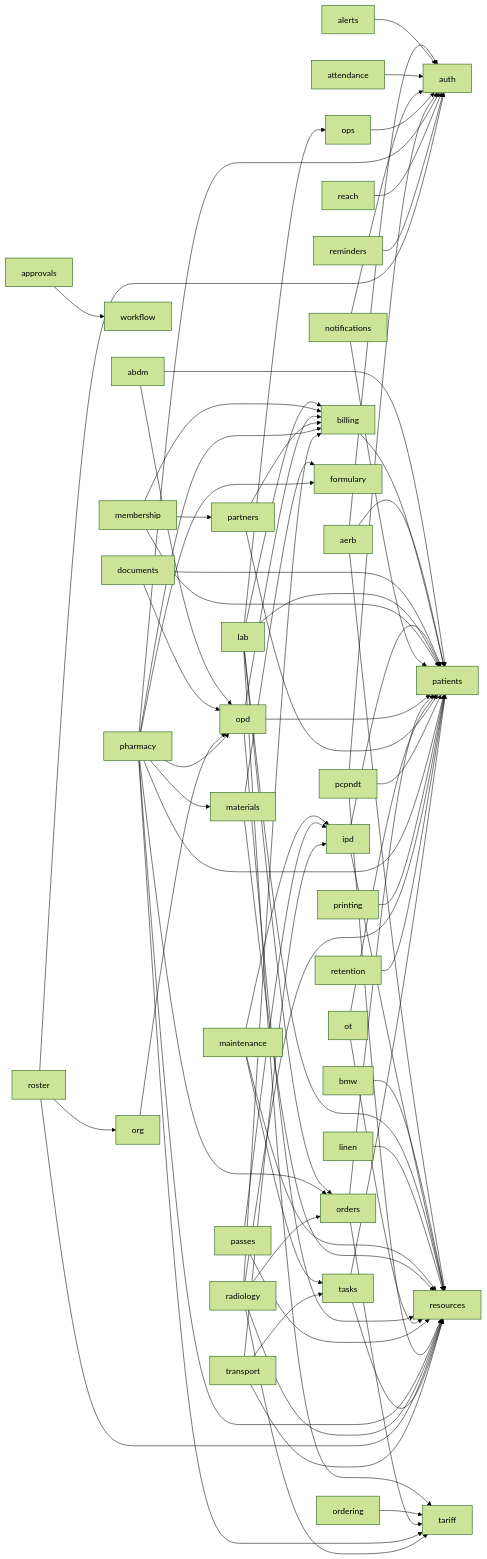
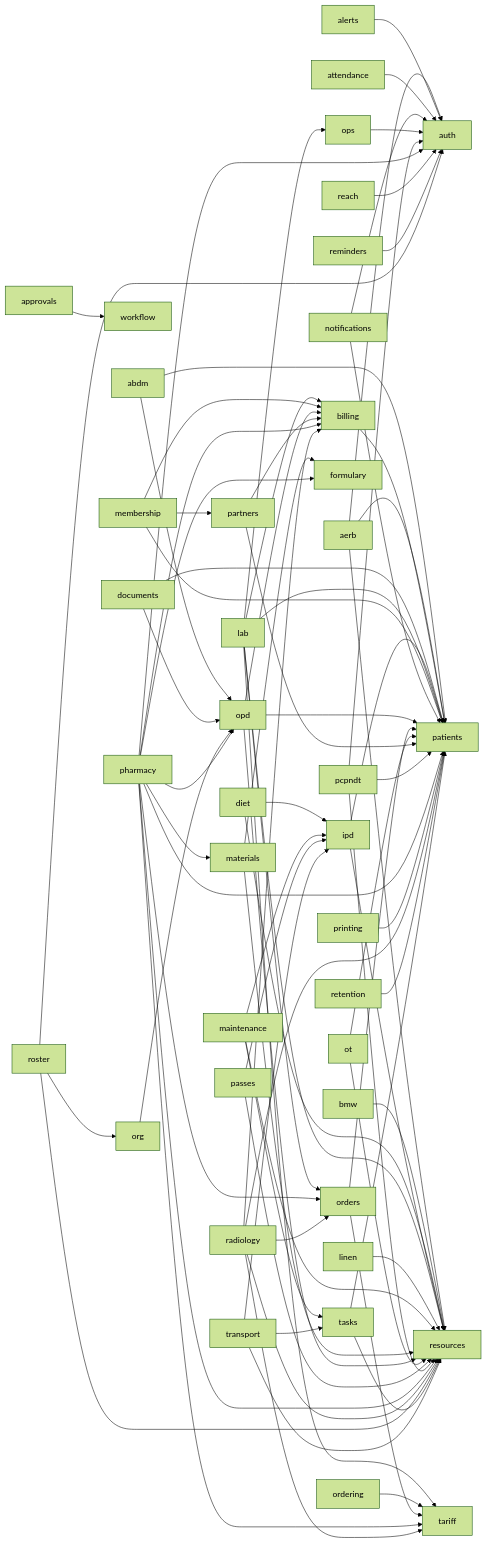
Before and after one commit to ankits3a/hims-hmis: the diagram in docs/architecture/schema.md, drawn with Mermaid (forest theme). The commit also changed other lines of this file and 61 other files, not shown here.

````diff
--- a/docs/architecture/schema.md
+++ b/docs/architecture/schema.md
@@ -13,77 +13,79 @@
 ```mermaid
 flowchart LR
   abdm[abdm] --> opd[opd]
   abdm[abdm] --> patients[patients]
   aerb[aerb] --> auth[auth]
   aerb[aerb] --> patients[patients]
   aerb[aerb] --> resources[resources]
   alerts[alerts] --> auth[auth]
   approvals[approvals] --> workflow[workflow]
   attendance[attendance] --> auth[auth]
   billing[billing] --> patients[patients]
   bmw[bmw] --> resources[resources]
+  diet[diet] --> ipd[ipd]
+  diet[diet] --> resources[resources]
   documents[documents] --> opd[opd]
   documents[documents] --> patients[patients]
   ipd[ipd] --> patients[patients]
   ipd[ipd] --> resources[resources]
   lab[lab] --> billing[billing]
   lab[lab] --> ops[ops]
   lab[lab] --> orders[orders]
   lab[lab] --> patients[patients]
   lab[lab] --> resources[resources]
   lab[lab] --> tariff[tariff]
   linen[linen] --> resources[resources]
   maintenance[maintenance] --> ipd[ipd]
   maintenance[maintenance] --> resources[resources]
   maintenance[maintenance] --> tasks[tasks]
   materials[materials] --> formulary[formulary]
   materials[materials] --> resources[resources]
   membership[membership] --> billing[billing]
   membership[membership] --> partners[partners]
   membership[membership] --> patients[patients]
   notifications[notifications] --> auth[auth]
   notifications[notifications] --> patients[patients]
   opd[opd] --> billing[billing]
   opd[opd] --> patients[patients]
   opd[opd] --> resources[resources]
   ops[ops] --> auth[auth]
   ordering[ordering] --> tariff[tariff]
   orders[orders] --> patients[patients]
   orders[orders] --> tariff[tariff]
   org[org] --> opd[opd]
   ot[ot] --> patients[patients]
   ot[ot] --> resources[resources]
   partners[partners] --> billing[billing]
   partners[partners] --> patients[patients]
   passes[passes] --> ipd[ipd]
   passes[passes] --> resources[resources]
   pcpndt[pcpndt] --> auth[auth]
   pcpndt[pcpndt] --> patients[patients]
   pcpndt[pcpndt] --> resources[resources]
   pharmacy[pharmacy] --> auth[auth]
   pharmacy[pharmacy] --> billing[billing]
   pharmacy[pharmacy] --> formulary[formulary]
   pharmacy[pharmacy] --> materials[materials]
   pharmacy[pharmacy] --> opd[opd]
   pharmacy[pharmacy] --> orders[orders]
   pharmacy[pharmacy] --> patients[patients]
   pharmacy[pharmacy] --> resources[resources]
   pharmacy[pharmacy] --> tariff[tariff]
   printing[printing] --> patients[patients]
   radiology[radiology] --> billing[billing]
   radiology[radiology] --> orders[orders]
   radiology[radiology] --> patients[patients]
   radiology[radiology] --> resources[resources]
   radiology[radiology] --> tariff[tariff]
   reach[reach] --> auth[auth]
   reminders[reminders] --> auth[auth]
   retention[retention] --> patients[patients]
   roster[roster] --> auth[auth]
   roster[roster] --> org[org]
   roster[roster] --> resources[resources]
   tasks[tasks] --> patients[patients]
   tasks[tasks] --> resources[resources]
   transport[transport] --> ipd[ipd]
   transport[transport] --> resources[resources]
   transport[transport] --> tasks[tasks]
 ```
````
